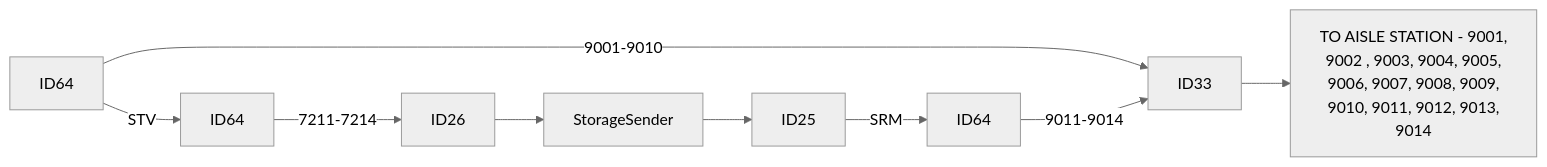
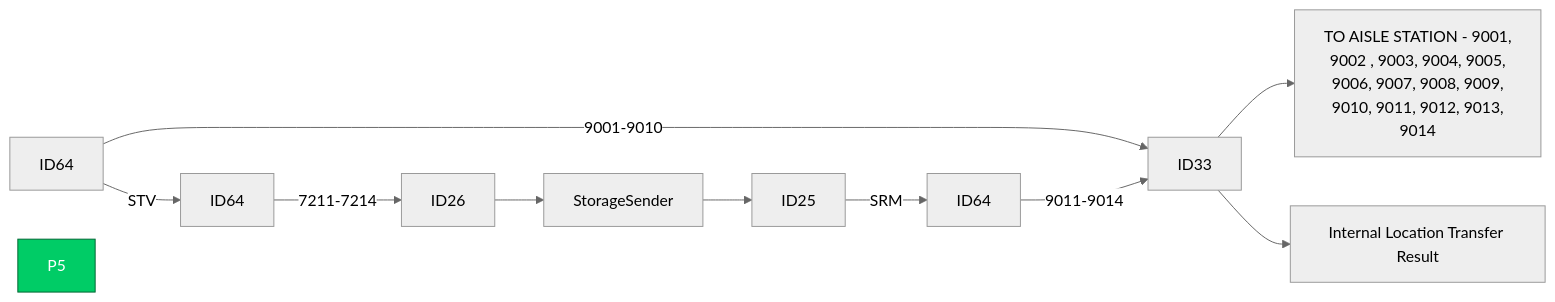
The third of 23 diagrams in Basic-Design/DFD-WMS/Retrieval/QC-Setting/QC-Work-from-Retrieval-for-QC-Start.md (luthfiadityaa/SimeDarby-Wiki), drawn with Mermaid (neutral theme) before and after one commit.

Commit message:
Updated QC Work from Retrieval for QC Start

```diff
--- a/Basic-Design/DFD-WMS/Retrieval/QC-Setting/QC-Work-from-Retrieval-for-QC-Start.md
+++ b/Basic-Design/DFD-WMS/Retrieval/QC-Setting/QC-Work-from-Retrieval-for-QC-Start.md
@@ -31,13 +30,19 @@
 ::: mermaid
 flowchart LR 
 P18[ID64]--> |STV| P19[ID64]--> |7211-7214| P20[ID26]-->P21[StorageSender]-->P22[ID25]--> |SRM| P23[ID64]
 
 P18[ID64]--> |9001-9010| P14[ID33]
 P23[ID64]--> |9011-9014| P14[ID33]
 
 P14[ID33]-->P1[TO AISLE STATION - 9001, 
 9002 , 9003, 9004, 9005, 
 9006, 9007, 9008, 9009, 
 9010, 9011, 9012, 9013, 
 9014]
+
+P14[ID33]-->P25[Internal Location Transfer Result]
+
+click P25 "https://dev.azure.com/Daifuku-SW/ID_SimeDarbyPlantation/_wiki/wikis/ID_SimeDarbyPlantation.wiki/900/Retrieval-for-QC-Start?anchor=id26" "Go to ID26"
+style P5 fill:#00cc66,stroke:#006633,color:#ffffff
+
 :::
```
